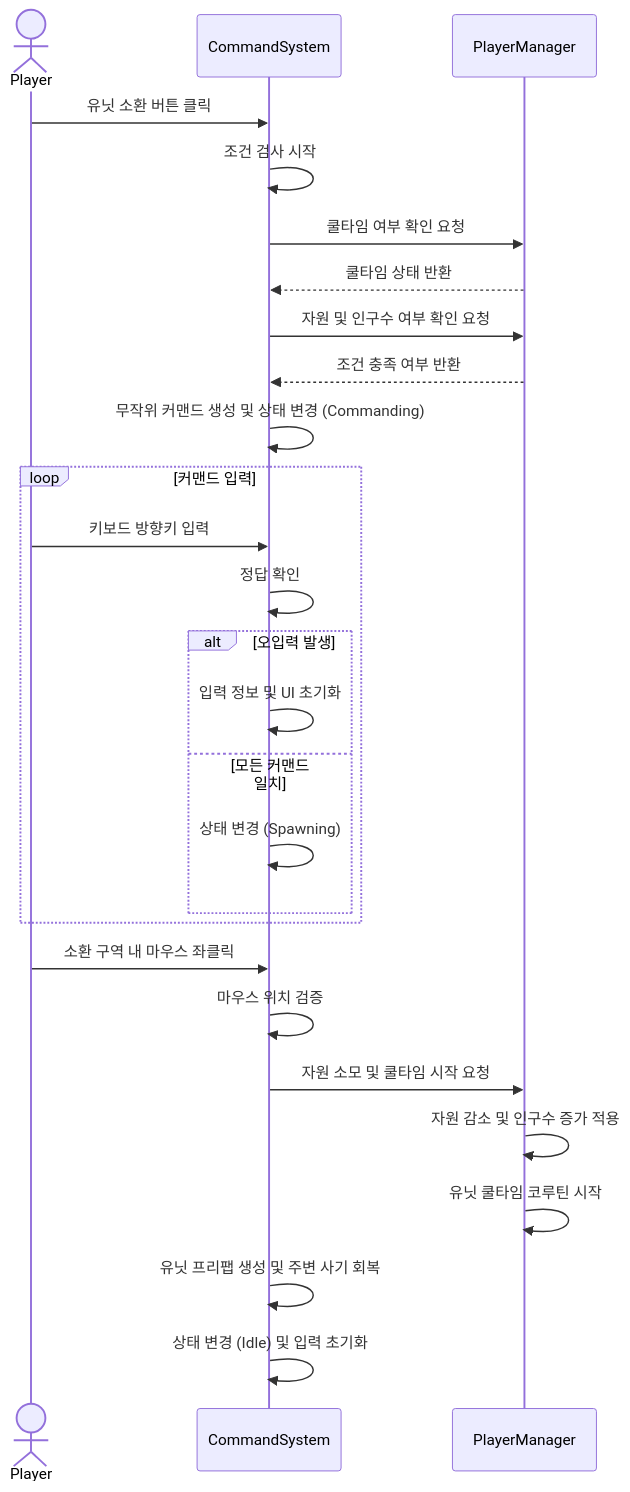
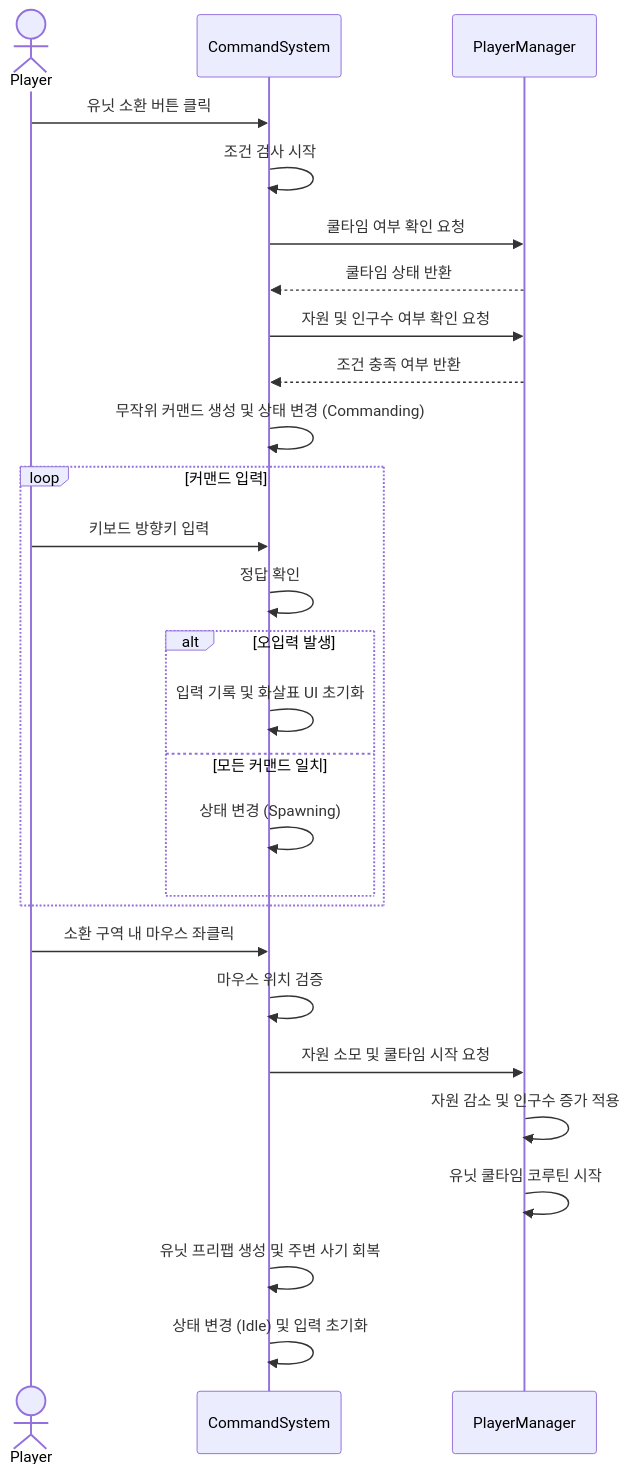
Before and after one commit to Gryphon34/portfolio-template: the fifth of 11 diagrams in src/3-strategy-defense/기술문서.md, drawn with Mermaid. The commit also changed other lines of this file, not shown here.

````diff
--- a/src/3-strategy-defense/기술문서.md
+++ b/src/3-strategy-defense/기술문서.md
@@ -106,36 +175,36 @@
 ```mermaid
 sequenceDiagram
     actor Player
     participant CommandSystem
     participant PlayerManager
 
     Player->>CommandSystem: 유닛 소환 버튼 클릭
     CommandSystem->>CommandSystem: 조건 검사 시작
     CommandSystem->>PlayerManager: 쿨타임 여부 확인 요청
     PlayerManager-->>CommandSystem: 쿨타임 상태 반환
     CommandSystem->>PlayerManager: 자원 및 인구수 여부 확인 요청
     PlayerManager-->>CommandSystem: 조건 충족 여부 반환
     
     CommandSystem->>CommandSystem: 무작위 커맨드 생성 및 상태 변경 (Commanding)
 
     loop 커맨드 입력
         Player->>CommandSystem: 키보드 방향키 입력
         CommandSystem->>CommandSystem: 정답 확인
         
         alt 오입력 발생
-            CommandSystem->>CommandSystem: 입력 정보 및 UI 초기화
+            CommandSystem->>CommandSystem: 입력 기록 및 화살표 UI 초기화
         else 모든 커맨드 일치
             CommandSystem->>CommandSystem: 상태 변경 (Spawning)
         end
     end
 
     Player->>CommandSystem: 소환 구역 내 마우스 좌클릭
     CommandSystem->>CommandSystem: 마우스 위치 검증
     CommandSystem->>PlayerManager: 자원 소모 및 쿨타임 시작 요청
     
     PlayerManager->>PlayerManager: 자원 감소 및 인구수 증가 적용
     PlayerManager->>PlayerManager: 유닛 쿨타임 코루틴 시작
     
     CommandSystem->>CommandSystem: 유닛 프리팹 생성 및 주변 사기 회복
     CommandSystem->>CommandSystem: 상태 변경 (Idle) 및 입력 초기화
 ```
````
